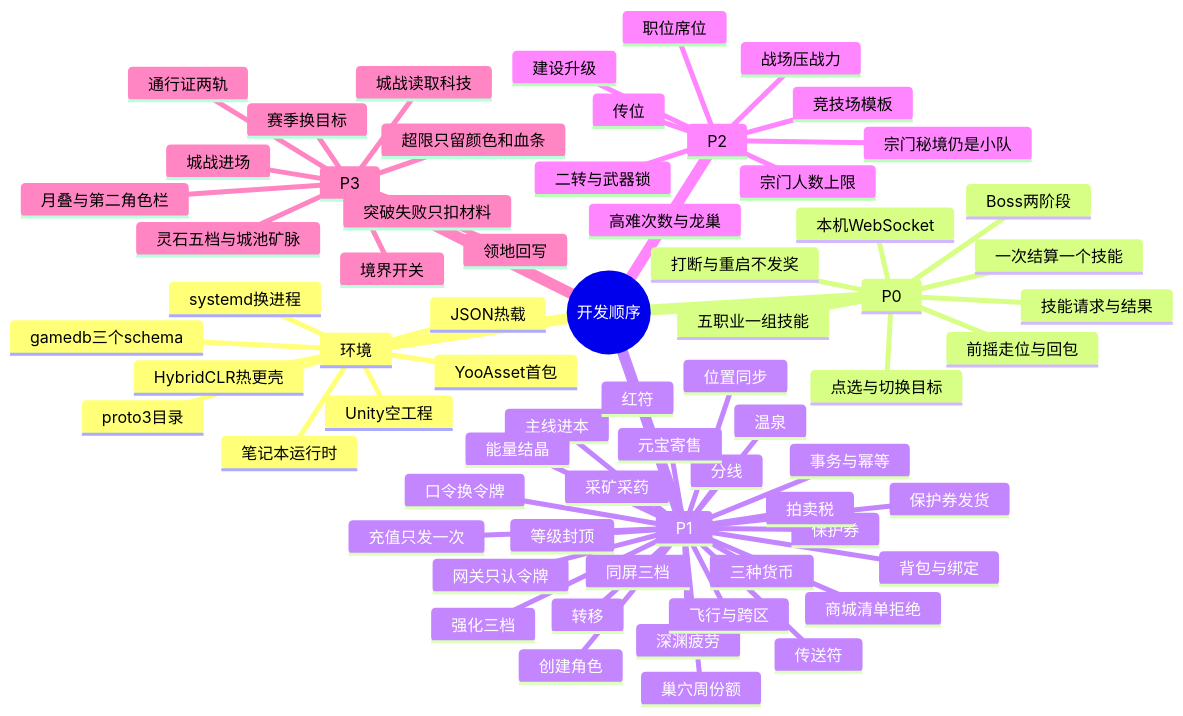
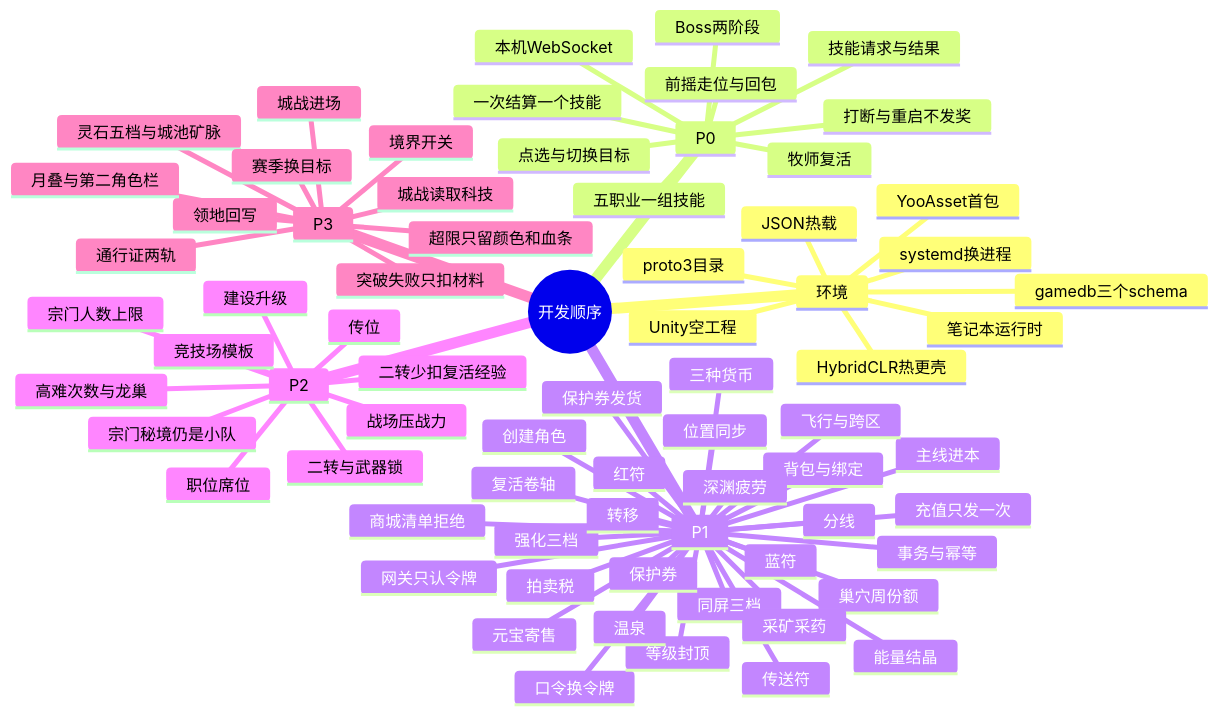
One commit to xiaojiege021/MyMMOGame changed the diagram in docs/开发架构.md. Above: the diagram before and after it, drawn with Mermaid. The commit also changed other lines of this file and 4 other files, not shown here.

````diff
--- a/docs/开发架构.md
+++ b/docs/开发架构.md
@@ -390,71 +390,75 @@
 ```mermaid
 mindmap
   root((开发顺序))
     环境
       笔记本运行时
       gamedb三个schema
       systemd换进程
       JSON热载
       Unity空工程
       YooAsset首包
       HybridCLR热更壳
       proto3目录
     P0
       技能请求与结果
       一次结算一个技能
       本机WebSocket
       打断与重启不发奖
       点选与切换目标
       前摇走位与回包
       五职业一组技能
+      牧师复活
       Boss两阶段
     P1
       口令换令牌
       网关只认令牌
       创建角色
       等级封顶
       背包与绑定
       三种货币
       事务与幂等
       主线进本
       深渊疲劳
       温泉
       巢穴周份额
       分线
       位置同步
       同屏三档
       采矿采药
       飞行与跨区
       强化三档
       保护券
       转移
       能量结晶
       拍卖税
       元宝寄售
       商城清单拒绝
       保护券发货
       红符
+      蓝符
+      复活卷轴
       传送符
       充值只发一次
     P2
       宗门人数上限
       职位席位
       传位
       建设升级
       宗门秘境仍是小队
       高难次数与龙巢
       竞技场模板
       战场压战力
       二转与武器锁
+      二转少扣复活经验
     P3
       境界开关
       突破失败只扣材料
       灵石五档与城池矿脉
       城战进场
       超限只留颜色和血条
       城战读取科技
       领地回写
       赛季换目标
       通行证两轨
       月叠与第二角色栏
 ```
````
